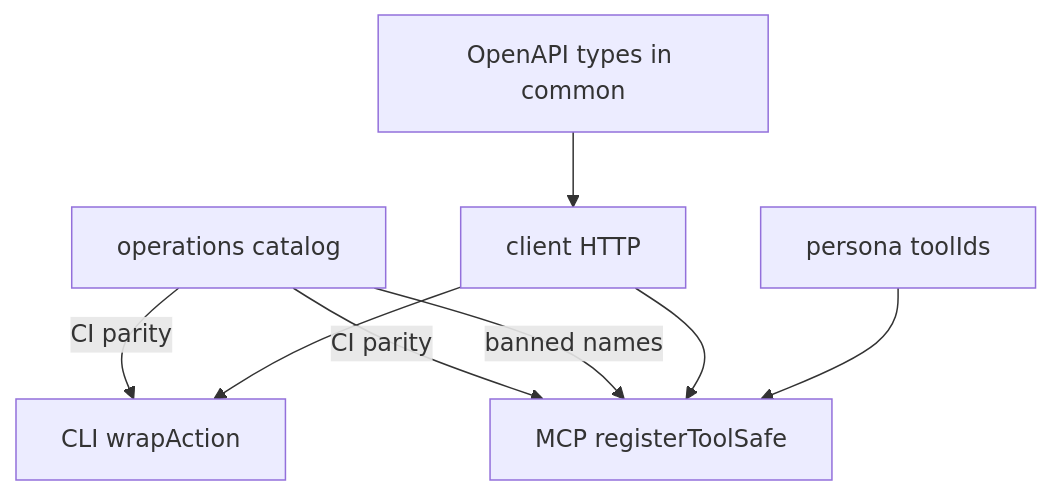
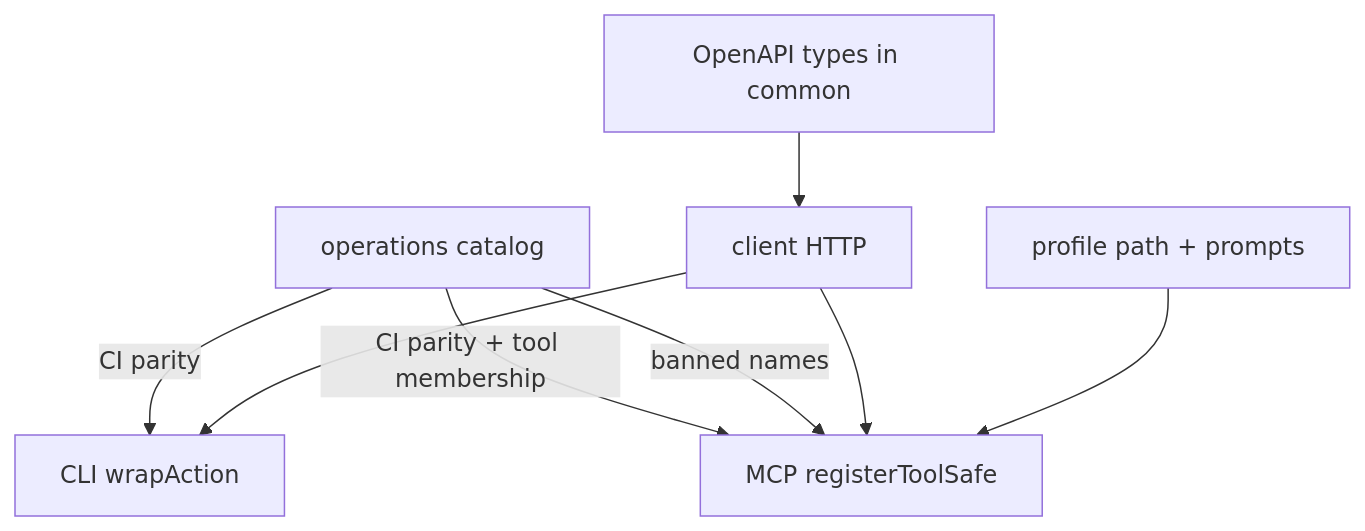
Before and after one commit to yu-iskw/lightdash-tools: the diagram in docs/adr/0013-operation-catalog-as-sole-agent-surface-ssot.md, drawn with Mermaid. The commit also changed other lines of this file and 204 other files, not shown here.

First line of the commit message:
feat(mcp): make catalog profiles the MCP packaging SSOT

````diff
--- a/docs/adr/0013-operation-catalog-as-sole-agent-surface-ssot.md
+++ b/docs/adr/0013-operation-catalog-as-sole-agent-surface-ssot.md
@@ -43,17 +47,17 @@
 ```mermaid
 flowchart TB
   openapi["OpenAPI types in common"]
   catalog["operations catalog"]
   client["client HTTP"]
   cli["CLI wrapAction"]
   mcp["MCP registerToolSafe"]
-  personas["persona toolIds"]
+  profiles["profile path + prompts"]
 
   openapi --> client
+  catalog -->|"CI parity + tool membership"| mcp
   catalog -->|"CI parity"| cli
-  catalog -->|"CI parity"| mcp
   catalog -->|"banned names"| mcp
   client --> cli
   client --> mcp
-  personas --> mcp
+  profiles --> mcp
 ```
````
